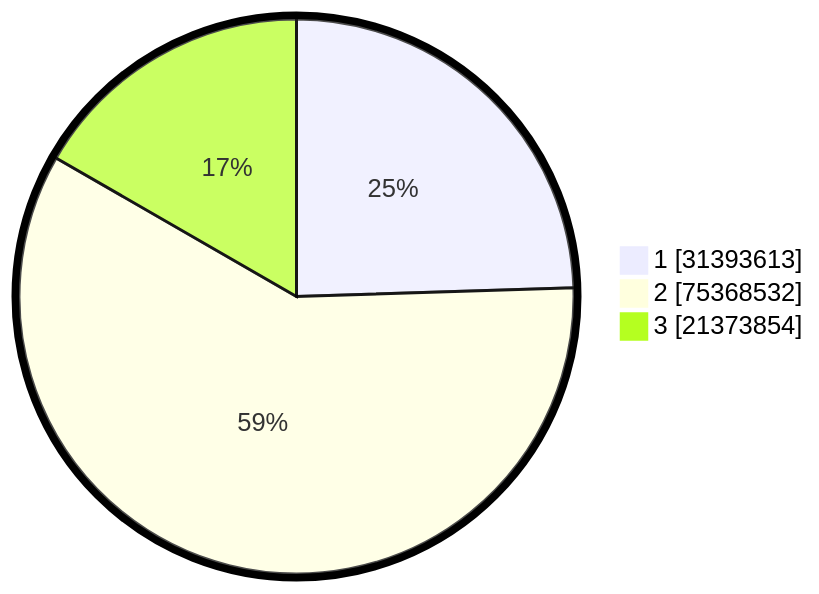
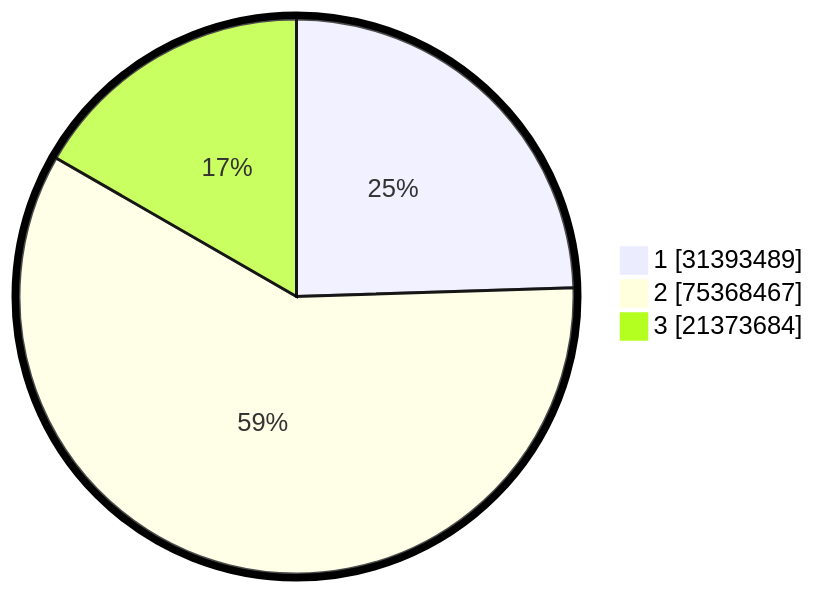
Before and after one commit to gigit-pemilu/pemilu-2024: the second of 2 diagrams in pilpres/hitung-suara/README.md, drawn with Mermaid. The commit also changed other lines of this file and 12 other files, not shown here.

````diff
--- a/pilpres/hitung-suara/README.md
+++ b/pilpres/hitung-suara/README.md
@@ -93,7 +93,7 @@
 ```mermaid
 %%{init: {"pie": {"textPosition": 0.5}, "themeVariables": {"pieOuterStrokeWidth": "5px"}} }%%
 pie showData
-    "1" : 31393613
-    "2" : 75368532
-    "3" : 21373854
+    "1" : 31393489
+    "2" : 75368467
+    "3" : 21373684
 ```
````
